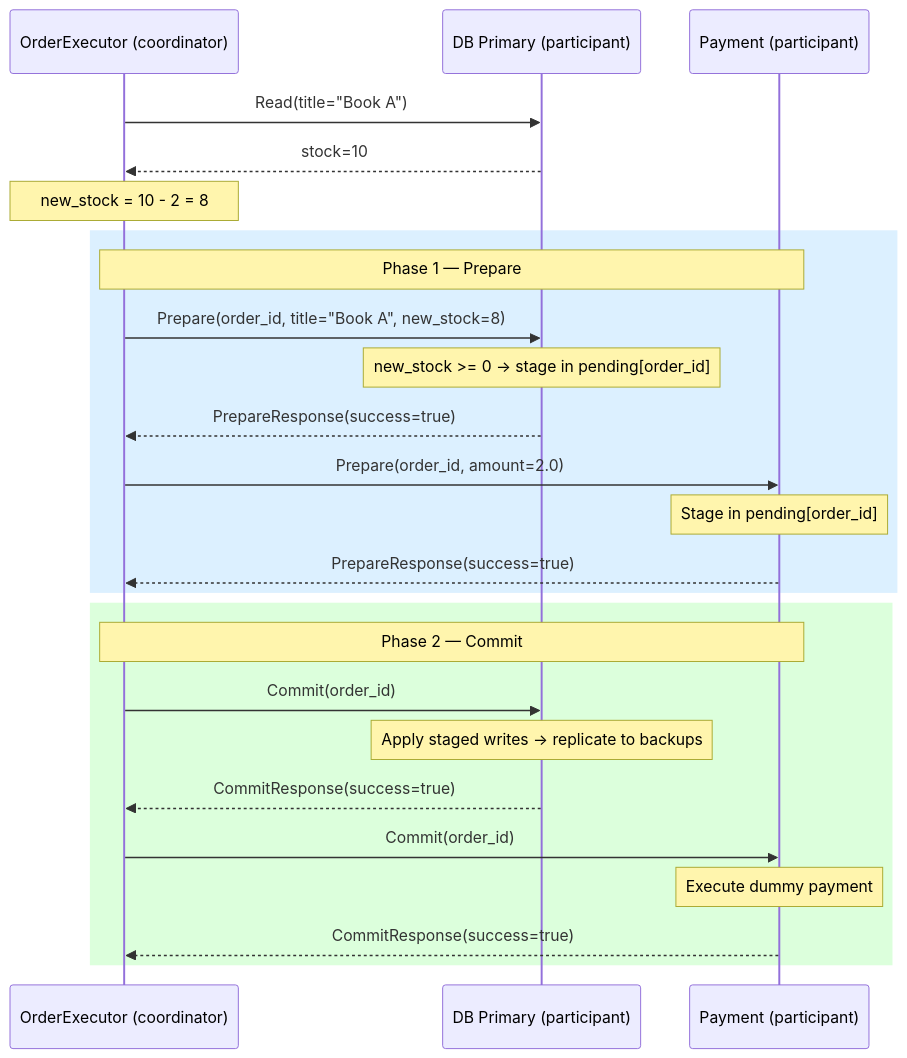
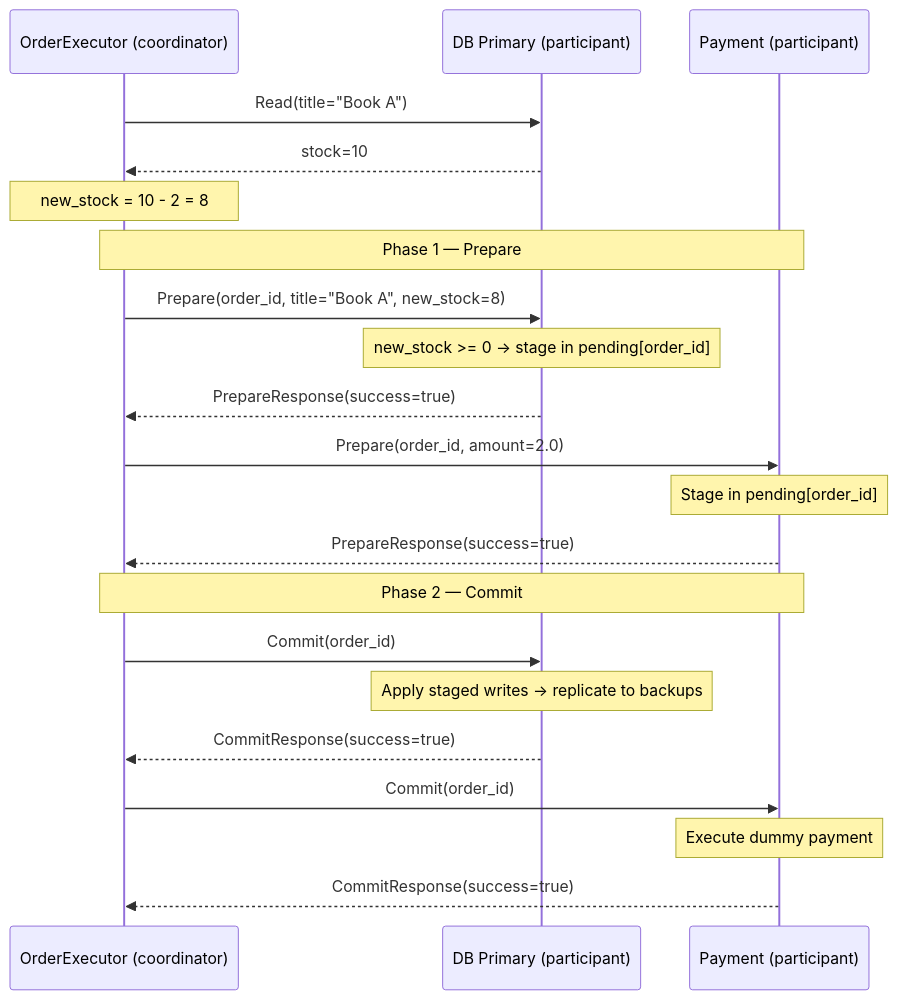
Before and after one commit to M1ngiii/ds-practice-2025: the second of 3 diagrams in docs/CHECKPOINT_3.md, drawn with Mermaid. The commit also changed other lines of this file, not shown here.

Commit message:
Updated diagrams in checkpoint 3 README

````diff
--- a/docs/CHECKPOINT_3.md
+++ b/docs/CHECKPOINT_3.md
@@ -79,32 +79,28 @@
 ```mermaid
 sequenceDiagram
     participant Exec as OrderExecutor (coordinator)
     participant DB as DB Primary (participant)
     participant Pay as Payment (participant)
 
     Exec->>DB: Read(title="Book A")
     DB-->>Exec: stock=10
     Note over Exec: new_stock = 10 - 2 = 8
 
-    rect rgb(220,240,255)
-        Note over Exec,Pay: Phase 1 — Prepare
-        Exec->>DB: Prepare(order_id, title="Book A", new_stock=8)
-        Note over DB: new_stock >= 0 → stage in pending[order_id]
-        DB-->>Exec: PrepareResponse(success=true)
+    Note over Exec,Pay: Phase 1 — Prepare
+    Exec->>DB: Prepare(order_id, title="Book A", new_stock=8)
+    Note over DB: new_stock >= 0 → stage in pending[order_id]
+    DB-->>Exec: PrepareResponse(success=true)
 
-        Exec->>Pay: Prepare(order_id, amount=2.0)
-        Note over Pay: Stage in pending[order_id]
-        Pay-->>Exec: PrepareResponse(success=true)
-    end
+    Exec->>Pay: Prepare(order_id, amount=2.0)
+    Note over Pay: Stage in pending[order_id]
+    Pay-->>Exec: PrepareResponse(success=true)
 
-    rect rgb(220,255,220)
-        Note over Exec,Pay: Phase 2 — Commit
-        Exec->>DB: Commit(order_id)
-        Note over DB: Apply staged writes → replicate to backups
-        DB-->>Exec: CommitResponse(success=true)
+    Note over Exec,Pay: Phase 2 — Commit
+    Exec->>DB: Commit(order_id)
+    Note over DB: Apply staged writes → replicate to backups
+    DB-->>Exec: CommitResponse(success=true)
 
-        Exec->>Pay: Commit(order_id)
-        Note over Pay: Execute dummy payment
-        Pay-->>Exec: CommitResponse(success=true)
-    end
+    Exec->>Pay: Commit(order_id)
+    Note over Pay: Execute dummy payment
+    Pay-->>Exec: CommitResponse(success=true)
 ```
````
